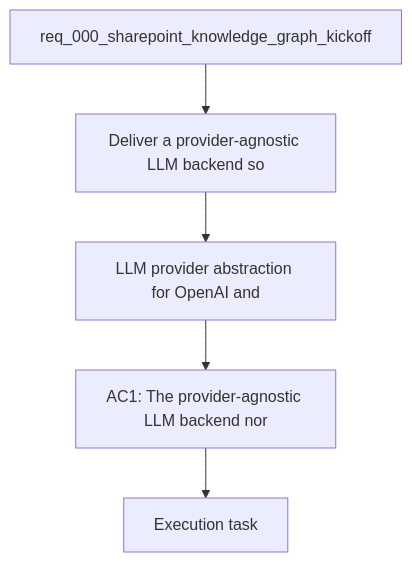
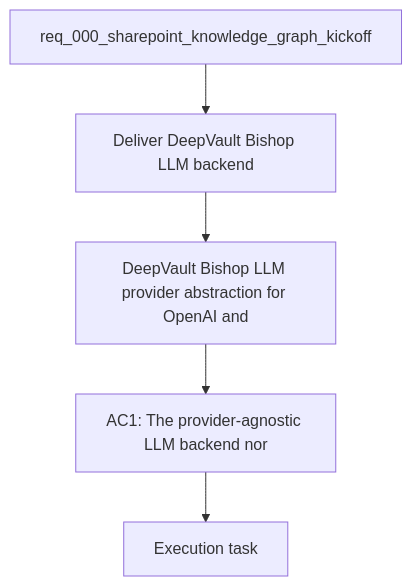
One commit to AlexAgo83/deepvault changed the diagram in logics/backlog/item_007_llm_provider_abstraction_for_openai_and_gemini.md. Above: the diagram before and after it, drawn with Mermaid. The commit also changed other lines of this file and 21 other files, not shown here.

Commit message:
Update DeepVault naming and Azure hosting docs

````diff
--- a/logics/backlog/item_007_llm_provider_abstraction_for_openai_and_gemini.md
+++ b/logics/backlog/item_007_llm_provider_abstraction_for_openai_and_gemini.md
@@ -22,9 +22,9 @@
 ```mermaid
 %% logics-kind: backlog
-%% logics-signature: backlog|llm-provider-abstraction-for-openai-and-|req-000-sharepoint-knowledge-graph-kicko|deliver-a-provider-agnostic-llm-backend-|ac1-the-provider-agnostic-llm-backend-no
+%% logics-signature: backlog|deepvault-bishop-llm-provider-abstractio|req-000-sharepoint-knowledge-graph-kicko|deliver-a-provider-agnostic-llm-backend-|ac1-the-provider-agnostic-llm-backend-no
 flowchart TD
-    Request[req_000_sharepoint_knowledge_graph_kickoff] --> Problem[Deliver a provider-agnostic LLM backend so]
-    Problem --> Scope[LLM provider abstraction for OpenAI and]
+    Request[req_000_sharepoint_knowledge_graph_kickoff] --> Problem[Deliver DeepVault Bishop LLM backend]
+    Problem --> Scope[DeepVault Bishop LLM provider abstraction for OpenAI and]
     Scope --> Acceptance[AC1: The provider-agnostic LLM backend nor]
     Acceptance --> Tasks[Execution task]
 ```
````
